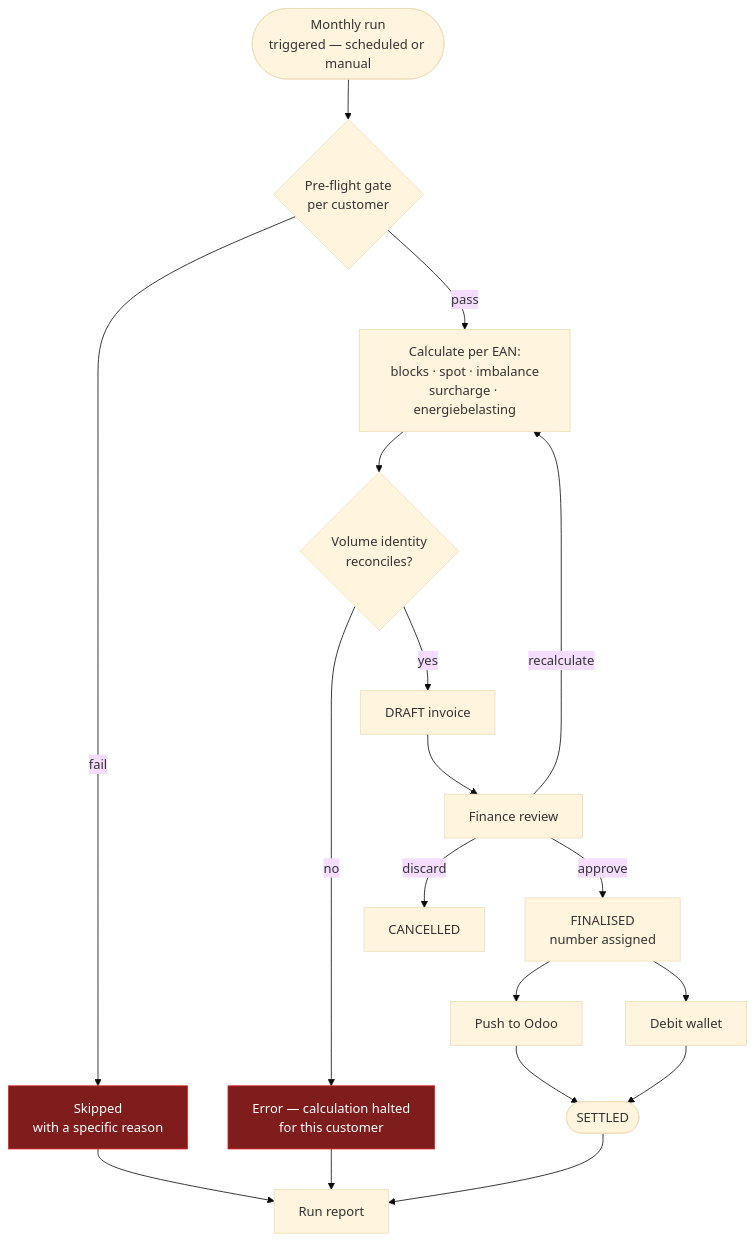
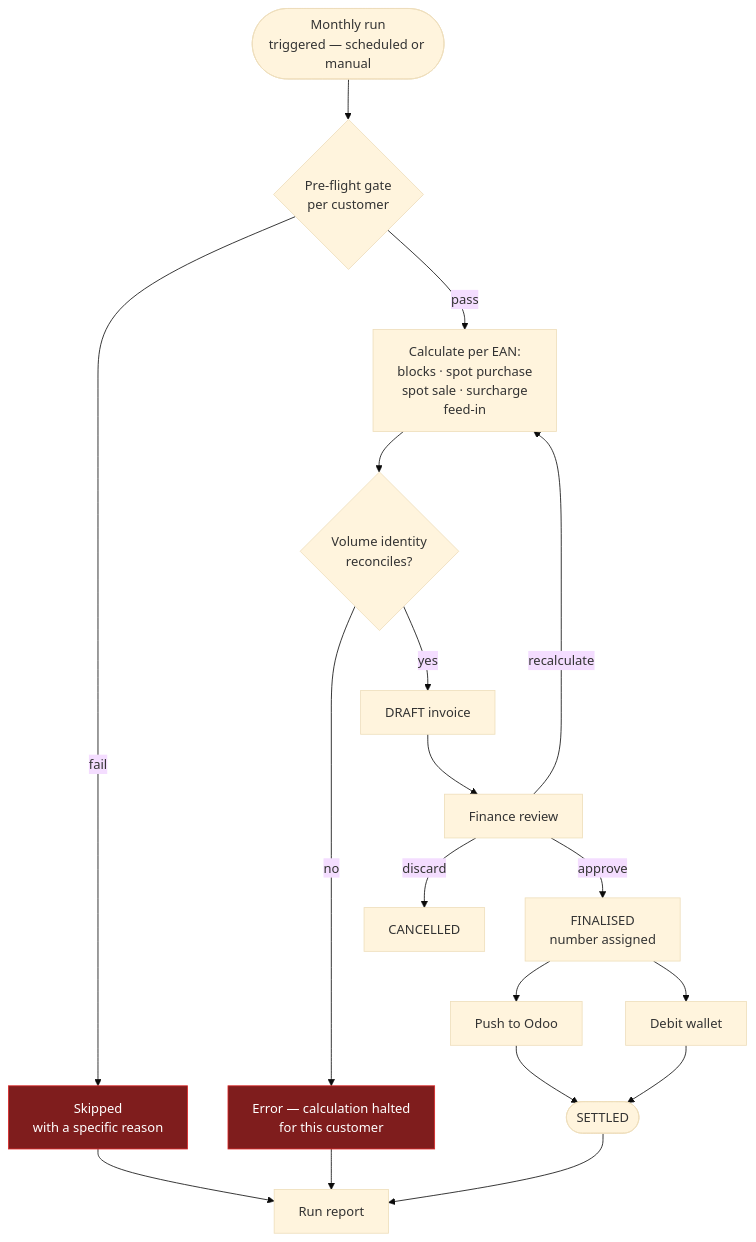
The first of 2 diagrams in specs/10-features/F10-invoicing-and-settlement.md (lukastosic-ifd/peakpowerspecs), drawn with Mermaid (base theme) before and after one commit. The commit also changed other lines of this file and 43 other files, not shown here.

````diff
--- a/specs/10-features/F10-invoicing-and-settlement.md
+++ b/specs/10-features/F10-invoicing-and-settlement.md
@@ -40,28 +90,28 @@
 ```mermaid
 flowchart TB
     START(["Monthly run<br/>triggered — scheduled or manual"]) --> GATE{"Pre-flight gate<br/>per customer"}
 
     GATE -->|"fail"| SKIP["Skipped<br/>with a specific reason"]
-    GATE -->|"pass"| CALC["Calculate per EAN:<br/>blocks · spot · imbalance<br/>surcharge · energiebelasting"]
+    GATE -->|"pass"| CALC["Calculate per EAN:<br/>blocks · spot purchase<br/>spot sale · surcharge<br/>feed-in"]
 
     CALC --> CHECK{"Volume identity<br/>reconciles?"}
     CHECK -->|"no"| ERR["Error — calculation halted<br/>for this customer"]
     CHECK -->|"yes"| DRAFT["DRAFT invoice"]
 
     DRAFT --> REVIEW["Finance review"]
     REVIEW -->|"recalculate"| CALC
     REVIEW -->|"discard"| CANCELLED["CANCELLED"]
     REVIEW -->|"approve"| FINAL["FINALISED<br/>number assigned"]
 
     FINAL --> ODOO["Push to Odoo"]
     FINAL --> WALLET["Debit wallet"]
     ODOO --> DONE(["SETTLED"])
     WALLET --> DONE
 
     SKIP --> REPORT["Run report"]
     ERR --> REPORT
     DONE --> REPORT
 
     classDef bad fill:#7f1d1d,stroke:#dc2626,color:#fff
     class ERR,SKIP bad
 ```
````
